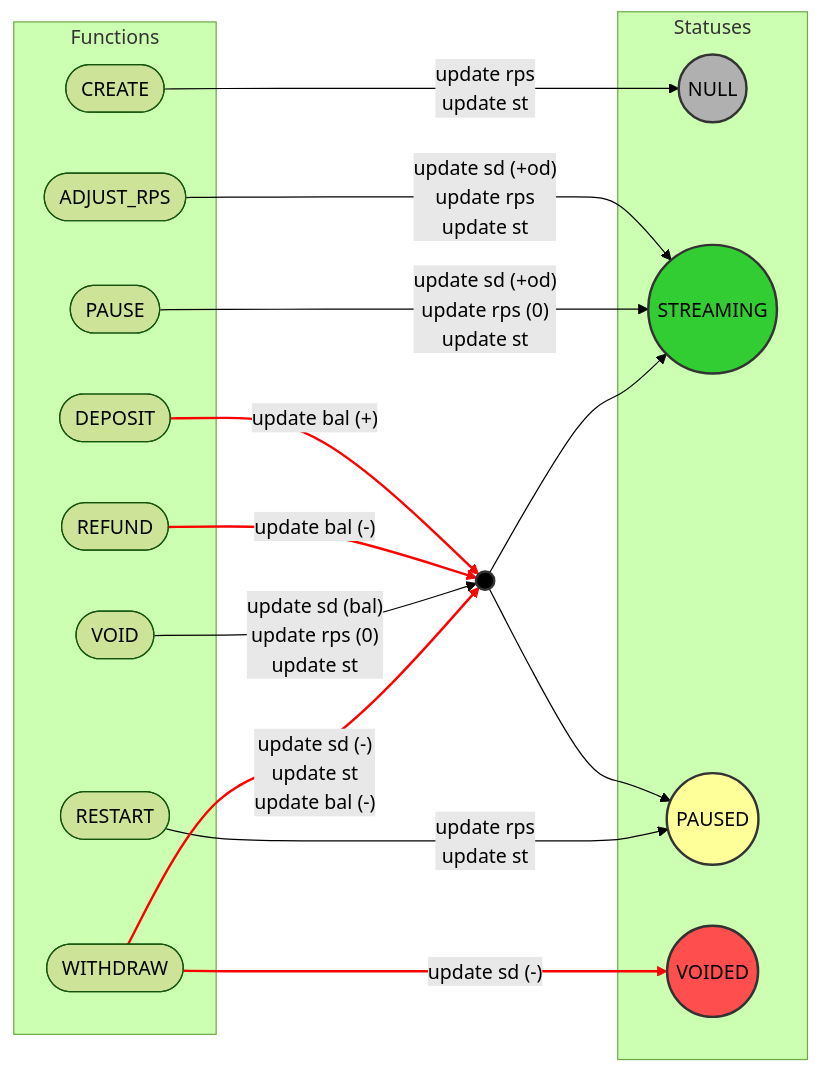
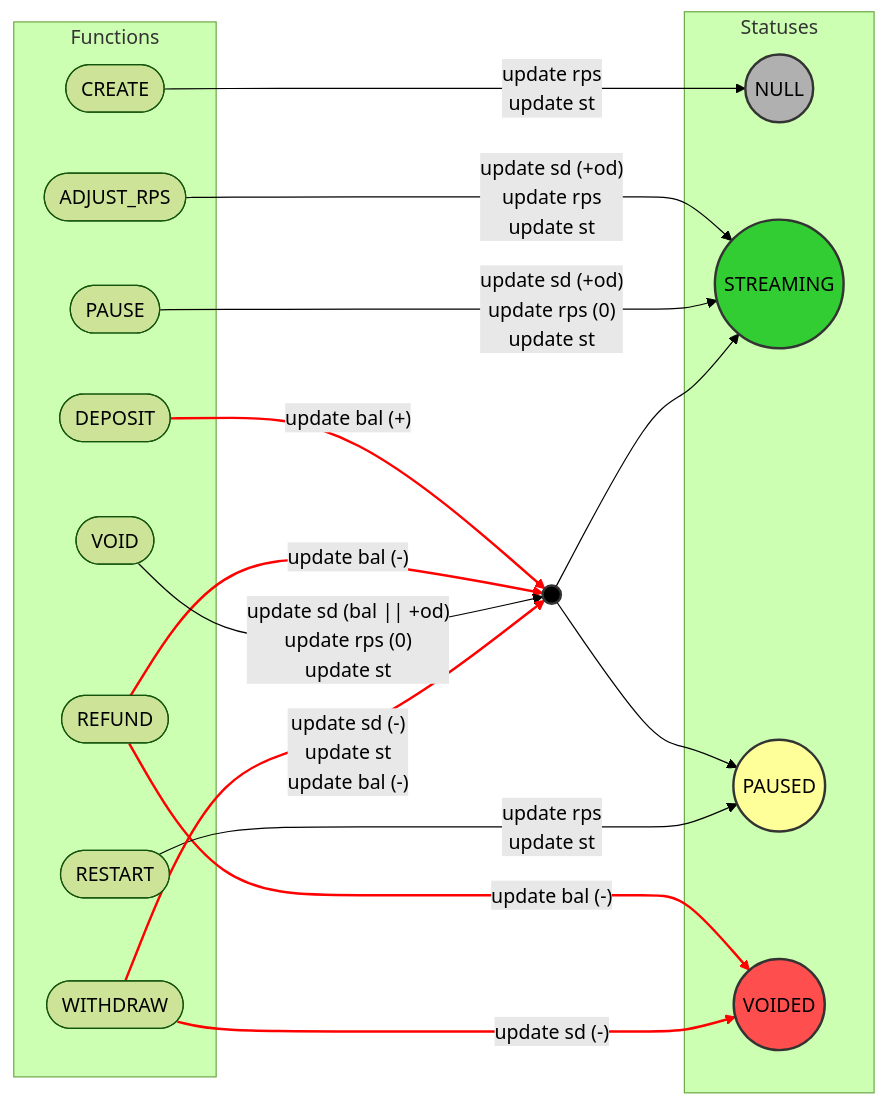
The second of 8 diagrams in DIAGRAMS.md (sablier-labs/lockup), drawn with Mermaid (forest theme) before and after one commit. The commit also changed other lines of this file and 17 other files, not shown here.

````diff
--- a/DIAGRAMS.md
+++ b/DIAGRAMS.md
@@ -76,50 +75,51 @@
 ```mermaid
 flowchart LR
     subgraph Statuses
         NULL((NULL)):::grey
         STR((STREAMING)):::green
         PSED((PAUSED)):::yellow
         VOID((VOIDED)):::red
     end
 
     subgraph Functions
         CR([CREATE])
         ADJRPS([ADJUST_RPS])
         DP([DEPOSIT])
-        RFD([REFUND])
         PS([PAUSE])
         RST([RESTART])
         VD([VOID])
+        RFD([REFUND])
         WTD([WITHDRAW])
     end
 
     BOTH((  )):::black
 
 
     classDef black fill:#000000,stroke:#333,stroke-width:2px;
     classDef green fill:#32cd32,stroke:#333,stroke-width:2px;
     classDef grey fill:#b0b0b0,stroke:#333,stroke-width:2px;
     classDef yellow fill:#ffff99,stroke:#333,stroke-width:2px;
     classDef red fill:#ff4e4e,stroke:#333,stroke-width:2px;
 
     CR -- "update rps<br/>update st" --> NULL
 
     ADJRPS -- "update sd (+od)<br/>update rps<br/>update st" -->  STR
 
     DP -- "update bal (+)" --> BOTH
 
     RFD -- "update bal (-)" --> BOTH
+    RFD -- "update bal (-)" --> VOID
 
     PS -- "update sd (+od)<br/>update rps (0)<br/>update st" --> STR
 
     BOTH --> STR & PSED
 
     RST -- "update rps<br/>update st" --> PSED
 
-    VD -- "update sd (bal)<br/>update rps (0)<br/>update st" --> BOTH
+    VD -- "update sd (bal || +od)<br/>update rps (0)<br/>update st" --> BOTH
 
     WTD -- "update sd (-)<br/>update st<br/>update bal (-)" --> BOTH
     WTD -- "update sd (-)" --> VOID
 
-    linkStyle 2,3,9,10 stroke:#ff0000,stroke-width:2px
+    linkStyle 2,3,4,10,11 stroke:#ff0000,stroke-width:2px
 ```
````
